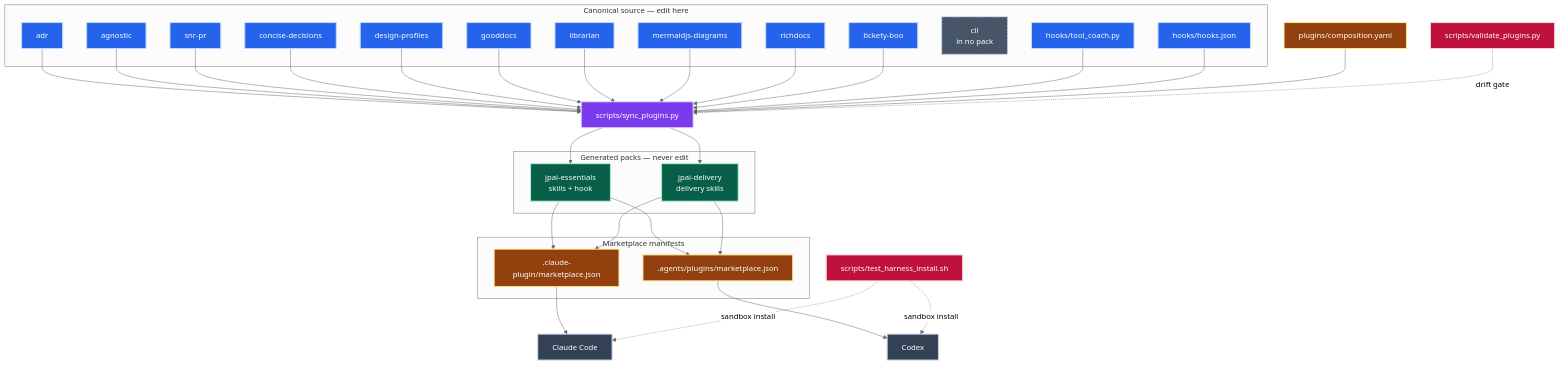
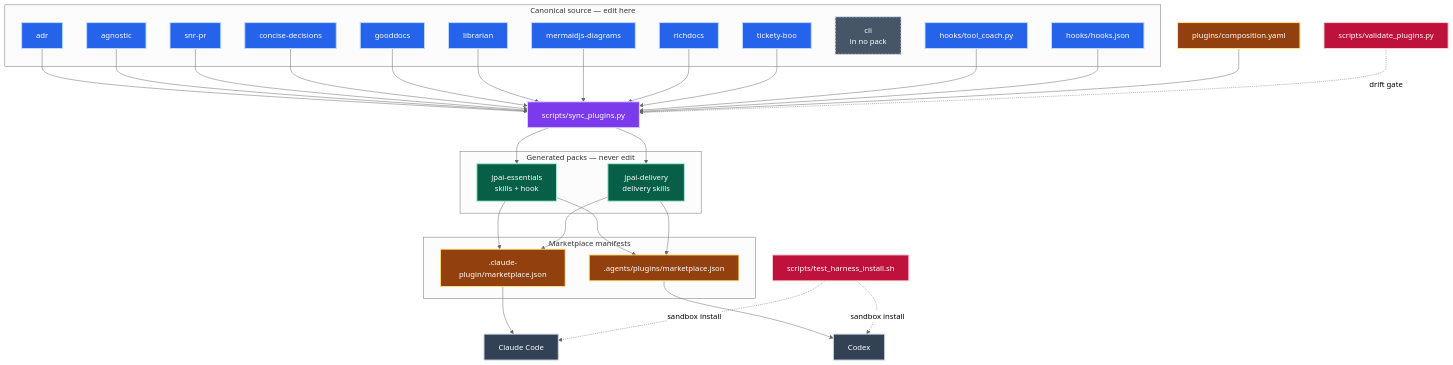
One commit to jpeakai/skills changed the second of 2 diagrams in README.md. Above: the diagram before and after it, drawn with Mermaid (neutral theme). The commit also changed other lines of this file and 246 other files, not shown here.

Commit message:
feat: generate design profiles and unify diagram theming

````diff
--- a/README.md
+++ b/README.md
@@ -159,55 +158,54 @@
 ```mermaid
 flowchart TB
     subgraph canon["Canonical source — edit here"]
         AD[adr]:::src
         AG[agnostic]:::src
         BP[snr-pr]:::src
         CD[concise-decisions]:::src
-        DP[design-profiles]:::src
         GD[gooddocs]:::src
         LB[librarian]:::src
         MD[mermaidjs-diagrams]:::src
         RD[richdocs]:::src
         TB[tickety-boo]:::src
         CLI["cli<br/>in no pack"]:::orphan
         TC["hooks/tool_coach.py"]:::src
         HJ["hooks/hooks.json"]:::src
     end
 
     CF["plugins/composition.yaml"]:::cfg
     SY["scripts/sync_plugins.py"]:::proc
     VL["scripts/validate_plugins.py"]:::gate
     TH["scripts/test_harness_install.sh"]:::gate
 
     subgraph packs["Generated packs — never edit"]
         ES["jpai-essentials<br/>skills + hook"]:::pack
         DL["jpai-delivery<br/>delivery skills"]:::pack
     end
 
     subgraph mkt["Marketplace manifests"]
         CM[".claude-plugin/marketplace.json"]:::cfg
         XM[".agents/plugins/marketplace.json"]:::cfg
     end
 
     CC["Claude Code"]:::host
     CX["Codex"]:::host
 
-    AD & AG & BP & CD & DP & GD & LB & MD & RD & TB --> SY
+    AD & AG & BP & CD & GD & LB & MD & RD & TB --> SY
     TC & HJ --> SY
     CF --> SY
     SY --> ES
     SY --> DL
     VL -.->|drift gate| SY
     ES & DL --> CM --> CC
     ES & DL --> XM --> CX
     TH -.->|sandbox install| CC
     TH -.->|sandbox install| CX
 
     classDef src    fill:#2563eb,stroke:#bfdbfe,color:#ffffff,stroke-width:2px
     classDef orphan fill:#475569,stroke:#cbd5e1,color:#ffffff,stroke-width:2px,stroke-dasharray:4 3
     classDef cfg    fill:#92400e,stroke:#fde68a,color:#ffffff,stroke-width:2px
     classDef proc   fill:#7c3aed,stroke:#ddd6fe,color:#ffffff,stroke-width:2px
     classDef gate   fill:#be123c,stroke:#fecdd3,color:#ffffff,stroke-width:2px
     classDef pack   fill:#065f46,stroke:#a7f3d0,color:#ffffff,stroke-width:2px
     classDef host   fill:#334155,stroke:#cbd5e1,color:#ffffff,stroke-width:2px
 ```
````
